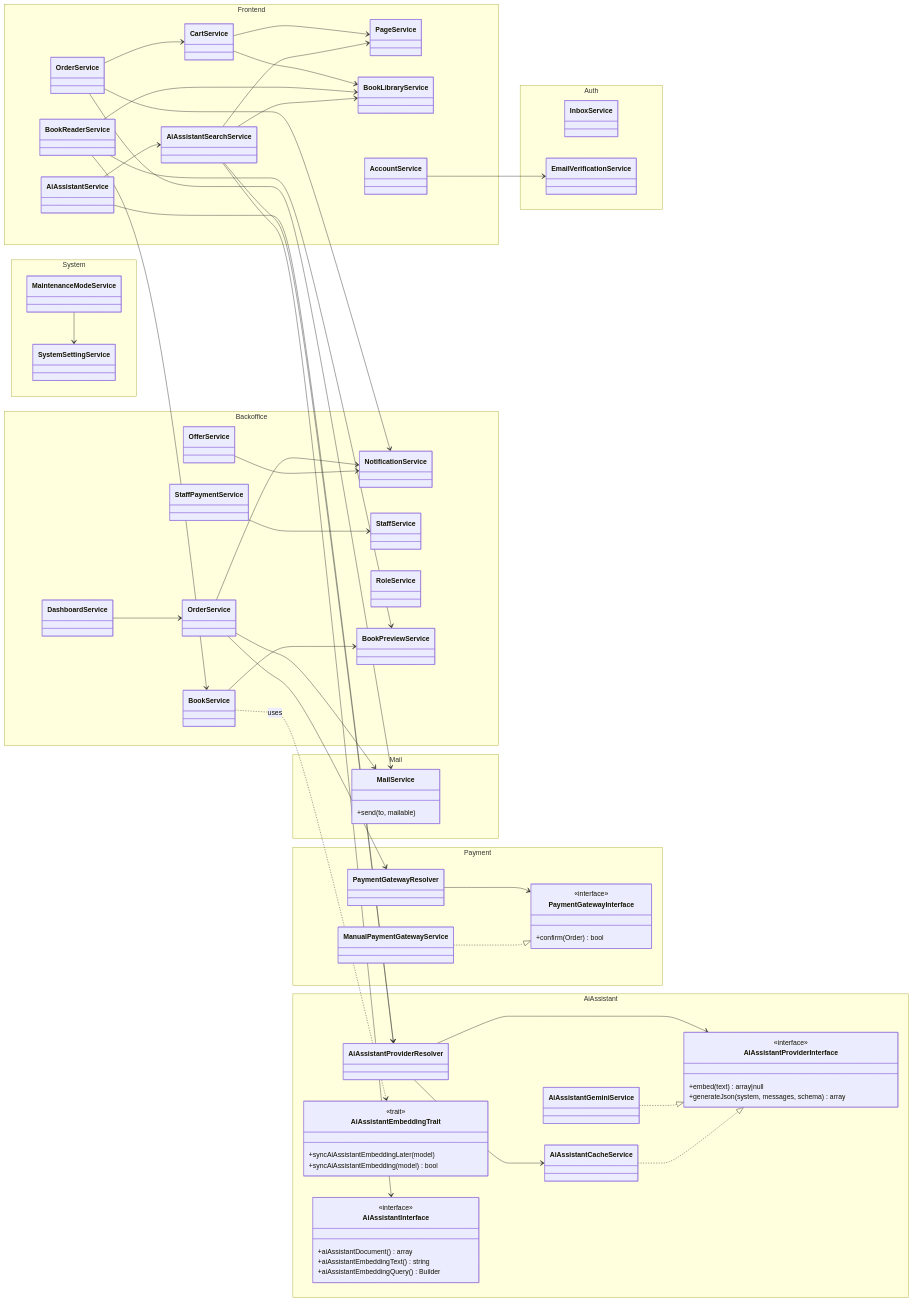
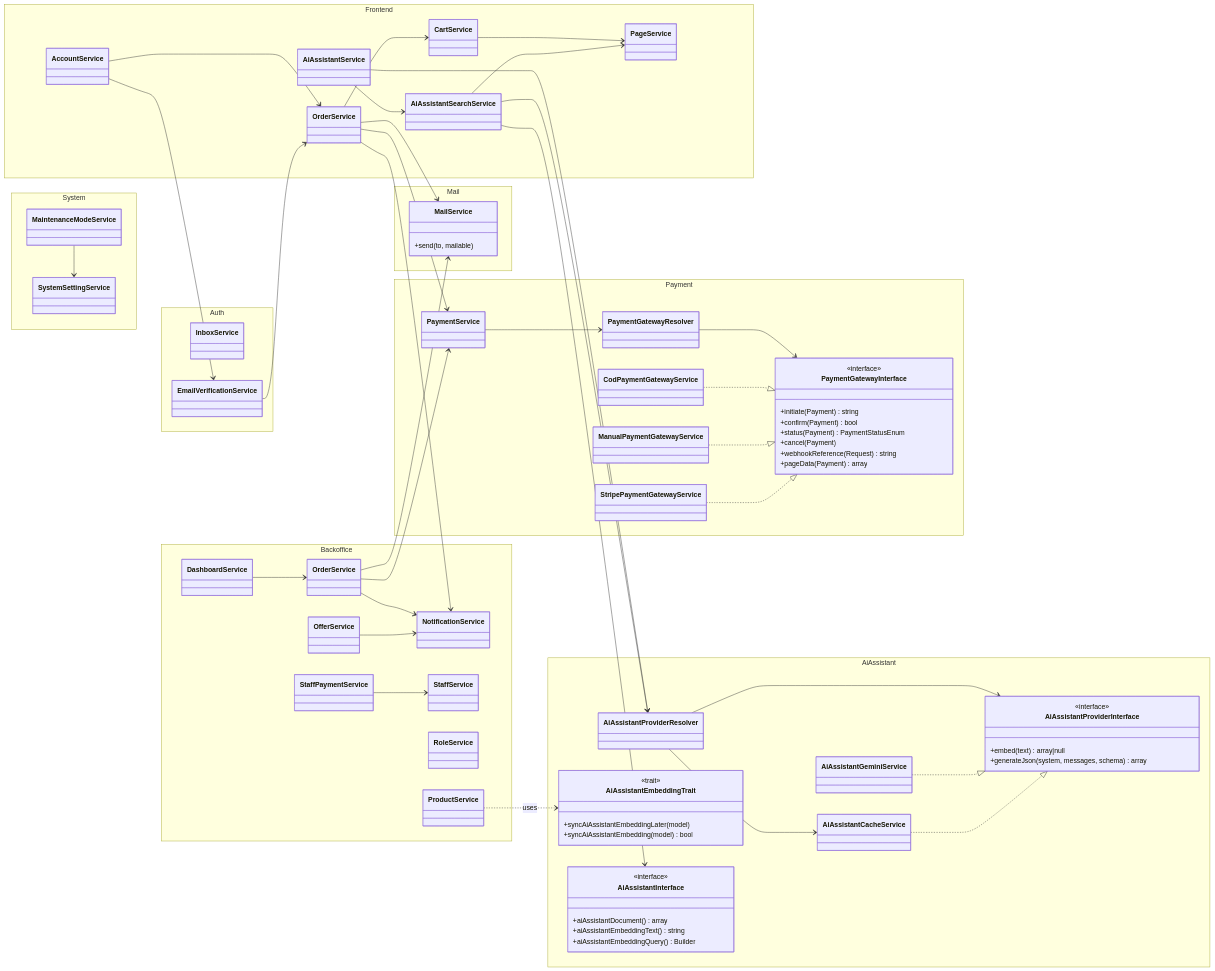
One commit to salehibneomar/amar-ecommerce changed the third of 11 diagrams in DIAGRAM.md. Above: the diagram before and after it, drawn with Mermaid. The commit also changed other lines of this file and 246 other files, not shown here.

Commit message:
UI overhaul and centralized, stripe added, payment and order mamagement overhaul

```diff
--- a/DIAGRAM.md
+++ b/DIAGRAM.md
@@ -381,8 +364,6 @@
         class FrontendOrderService["OrderService"]
         class CartService
         class PageService
-        class BookLibraryService
-        class BookReaderService
         class AccountService
         class AiAssistantService
         class AiAssistantSearchService
@@ -395,8 +376,7 @@
         class StaffPaymentService
         class RoleService
         class DashboardService
-        class BookService
-        class BookPreviewService
+        class ProductService
     }
     namespace Auth {
         class InboxService
@@ -414,9 +394,17 @@
     namespace Payment {
         class PaymentGatewayInterface {
             <<interface>>
-            +confirm(Order) bool
+            +initiate(Payment) string
+            +confirm(Payment) bool
+            +status(Payment) PaymentStatusEnum
+            +cancel(Payment)
+            +webhookReference(Request) string
+            +pageData(Payment) array
         }
+        class PaymentService
+        class CodPaymentGatewayService
         class ManualPaymentGatewayService
+        class StripePaymentGatewayService
         class PaymentGatewayResolver
     }
     namespace AiAssistant {
@@ -444,28 +432,28 @@
     FrontendOrderService --> CartService
     FrontendOrderService --> NotificationService
     FrontendOrderService --> MailService
+    FrontendOrderService --> PaymentService
     BackofficeOrderService --> MailService
+    BackofficeOrderService --> PaymentService
     MaintenanceModeService --> SystemSettingService
     CartService --> PageService
-    CartService --> BookLibraryService
-    BookReaderService --> BookService
-    BookReaderService --> BookPreviewService
-    BookReaderService --> BookLibraryService
     AccountService --> EmailVerificationService
-    BackofficeOrderService --> PaymentGatewayResolver
+    AccountService --> FrontendOrderService
+    EmailVerificationService --> FrontendOrderService
     BackofficeOrderService --> NotificationService
     OfferService --> NotificationService
     StaffPaymentService --> StaffService
     DashboardService --> BackofficeOrderService
-    BookService --> BookPreviewService
+    PaymentService --> PaymentGatewayResolver
     PaymentGatewayResolver --> PaymentGatewayInterface
+    CodPaymentGatewayService ..|> PaymentGatewayInterface
     ManualPaymentGatewayService ..|> PaymentGatewayInterface
+    StripePaymentGatewayService ..|> PaymentGatewayInterface
     AiAssistantService --> AiAssistantSearchService
     AiAssistantService --> AiAssistantProviderResolver
     AiAssistantSearchService --> PageService
-    AiAssistantSearchService --> BookLibraryService
     AiAssistantSearchService --> AiAssistantProviderResolver
-    BookService ..> AiAssistantEmbeddingTrait : uses
+    ProductService ..> AiAssistantEmbeddingTrait : uses
     AiAssistantProviderResolver --> AiAssistantProviderInterface
     AiAssistantGeminiService ..|> AiAssistantProviderInterface
     AiAssistantCacheService ..|> AiAssistantProviderInterface
```
